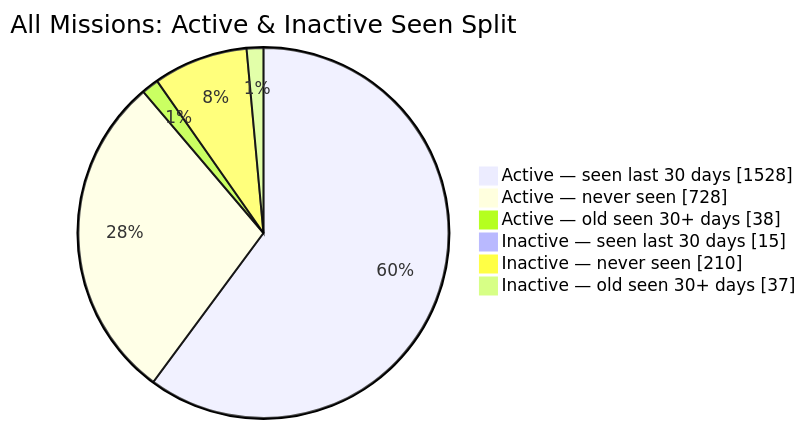
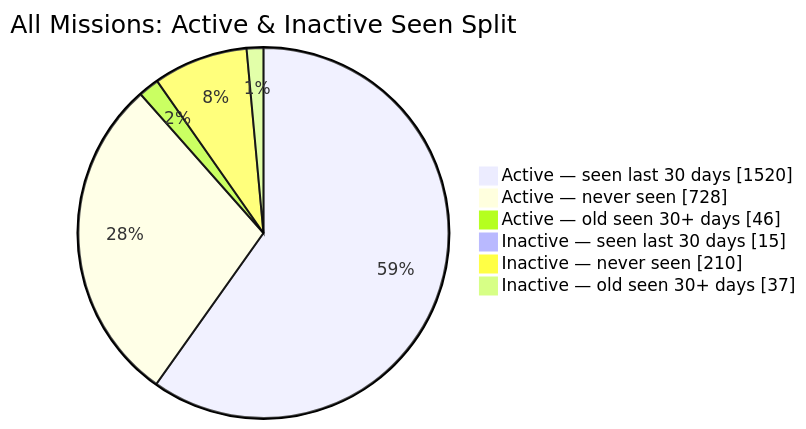
The second of 2 diagrams in README.md (MeldkamerspelGameTeam/active-missions), drawn with Mermaid before and after one commit. The commit also changed other lines of this file and 3 other files, not shown here.

````diff
--- a/README.md
+++ b/README.md
@@ -44,10 +44,10 @@
 ```mermaid
 pie showData
     title All Missions: Active & Inactive Seen Split
-    "Active — seen last 30 days" : 1528
+    "Active — seen last 30 days" : 1520
     "Active — never seen" : 728
-    "Active — old seen 30+ days" : 38
+    "Active — old seen 30+ days" : 46
     "Inactive — seen last 30 days" : 15
     "Inactive — never seen" : 210
     "Inactive — old seen 30+ days" : 37
 ```
````
